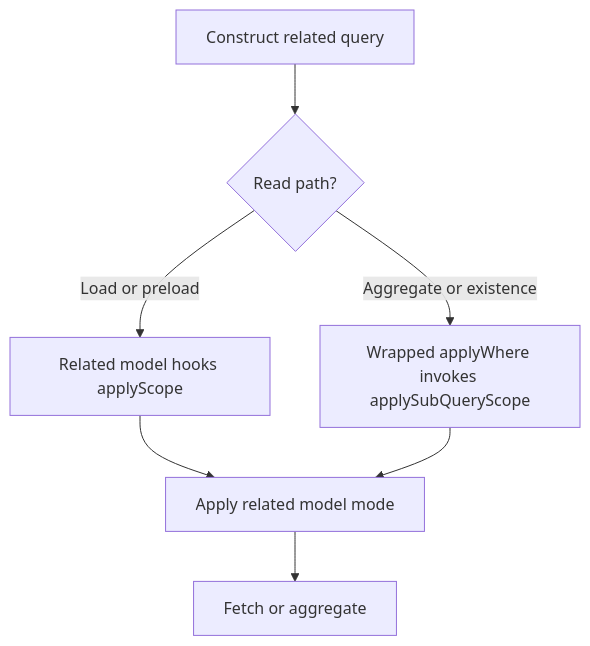
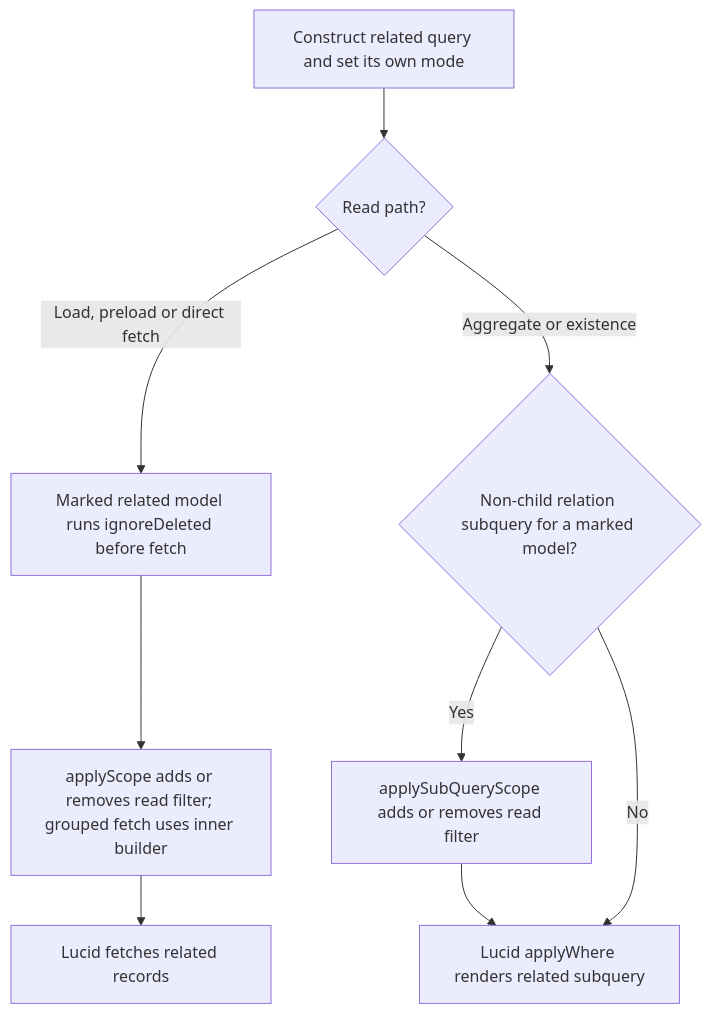
Before and after one commit to Kevinjohn/oss-adonisjs-lucid-soft-delete: the second of 2 diagrams in user-stories/integration/us-app-10-relations.md, drawn with Mermaid. The commit also changed other lines of this file and 18 other files, not shown here.

````diff
--- a/user-stories/integration/us-app-10-relations.md
+++ b/user-stories/integration/us-app-10-relations.md
@@ -26,9 +26,11 @@
 ```mermaid
 flowchart TD
-    A["Construct related query"] --> B{"Read path?"}
-    B -->|Load or preload| C["Related model hooks applyScope"]
-    B -->|Aggregate or existence| D["Wrapped applyWhere invokes applySubQueryScope"]
-    C --> E["Apply related model mode"]
-    D --> E
-    E --> F["Fetch or aggregate"]
+    A["Construct related query and set its own mode"] --> B{"Read path?"}
+    B -->|Load, preload or direct fetch| C["Marked related model runs ignoreDeleted before fetch"]
+    C --> E["applyScope adds or removes read filter; grouped fetch uses inner builder"]
+    E --> F["Lucid fetches related records"]
+    B -->|Aggregate or existence| D{"Non-child relation subquery for a marked model?"}
+    D -->|Yes| G["applySubQueryScope adds or removes read filter"]
+    G --> H["Lucid applyWhere renders related subquery"]
+    D -->|No| H
 ```
````
